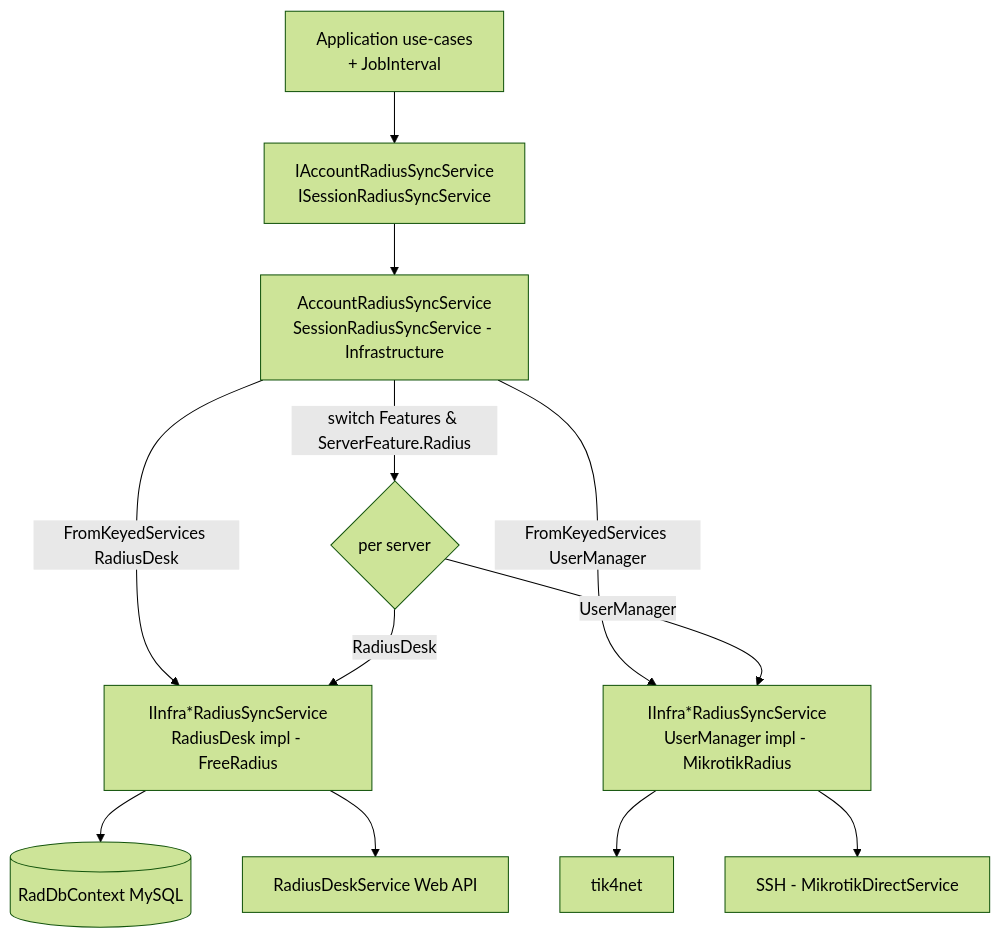
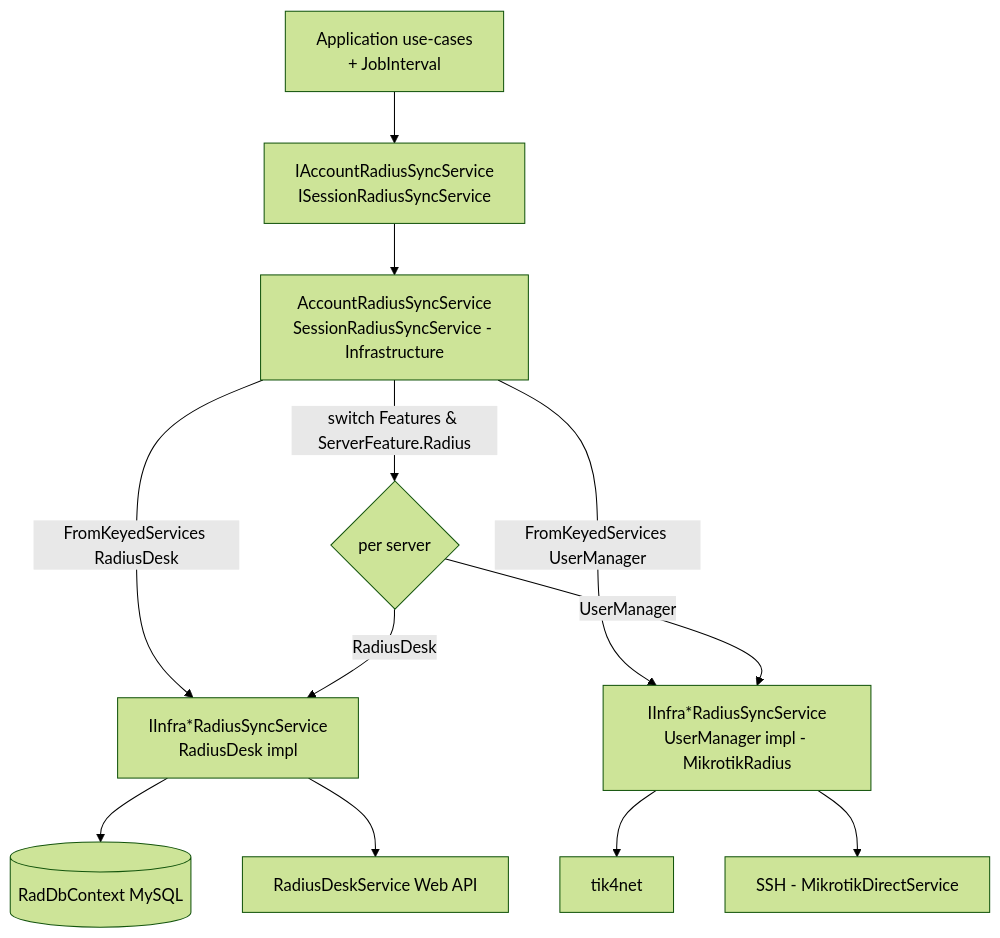
Before and after one commit to h-nargesi/Photon-Bypass: the first of 2 diagrams in docs/06-radius-integration.md, drawn with Mermaid (forest theme). The commit also changed other lines of this file and 143 other files, not shown here.

First line of the commit message:
refactor: rename FreeRadius project to RadiusDesk (D1)

````diff
--- a/docs/06-radius-integration.md
+++ b/docs/06-radius-integration.md
@@ -47,15 +47,15 @@
 ```mermaid
 flowchart TB
     APP[Application use-cases<br/>+ JobInterval]
     APP --> ARS[IAccountRadiusSyncService<br/>ISessionRadiusSyncService]
     ARS --> DISP[AccountRadiusSyncService<br/>SessionRadiusSyncService - Infrastructure]
-    DISP -->|FromKeyedServices RadiusDesk| RD[IInfra*RadiusSyncService<br/>RadiusDesk impl - FreeRadius]
+    DISP -->|FromKeyedServices RadiusDesk| RD[IInfra*RadiusSyncService<br/>RadiusDesk impl]
     DISP -->|FromKeyedServices UserManager| UM[IInfra*RadiusSyncService<br/>UserManager impl - MikrotikRadius]
     DISP -->|switch Features &amp; ServerFeature.Radius| SEL{per server}
     SEL -->|RadiusDesk| RD
     SEL -->|UserManager| UM
     RD --> RADDB[(RadDbContext MySQL)]
     RD --> RDAPI[RadiusDeskService Web API]
     UM --> TIK[tik4net]
     UM --> SSH[SSH - MikrotikDirectService]
 ```
````
